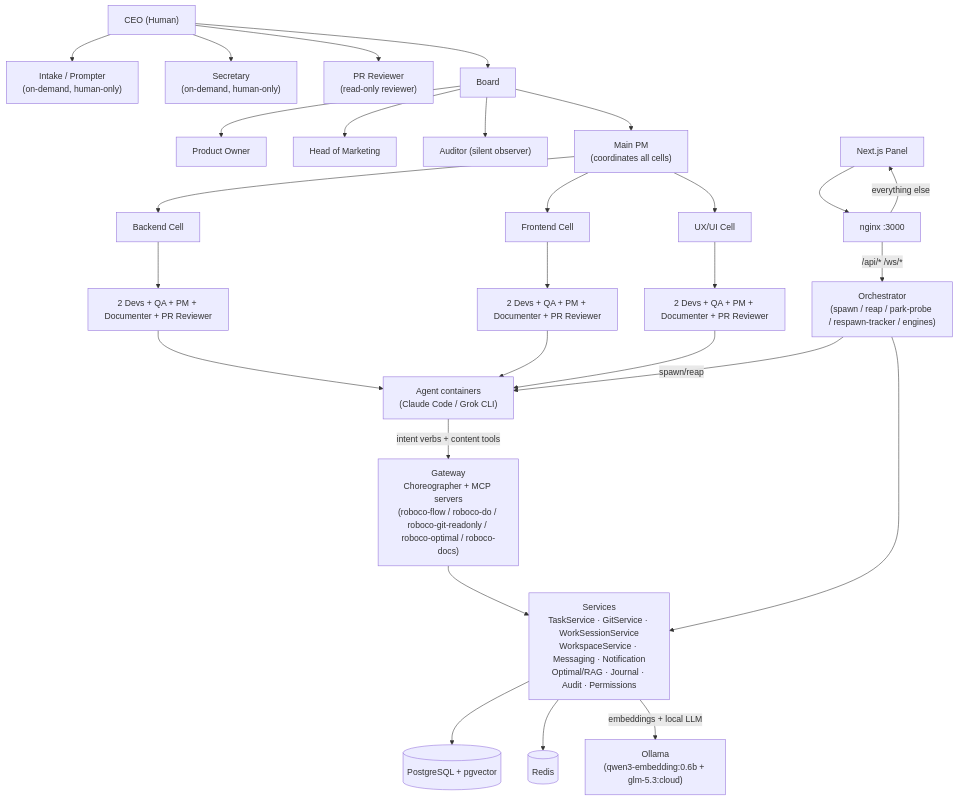
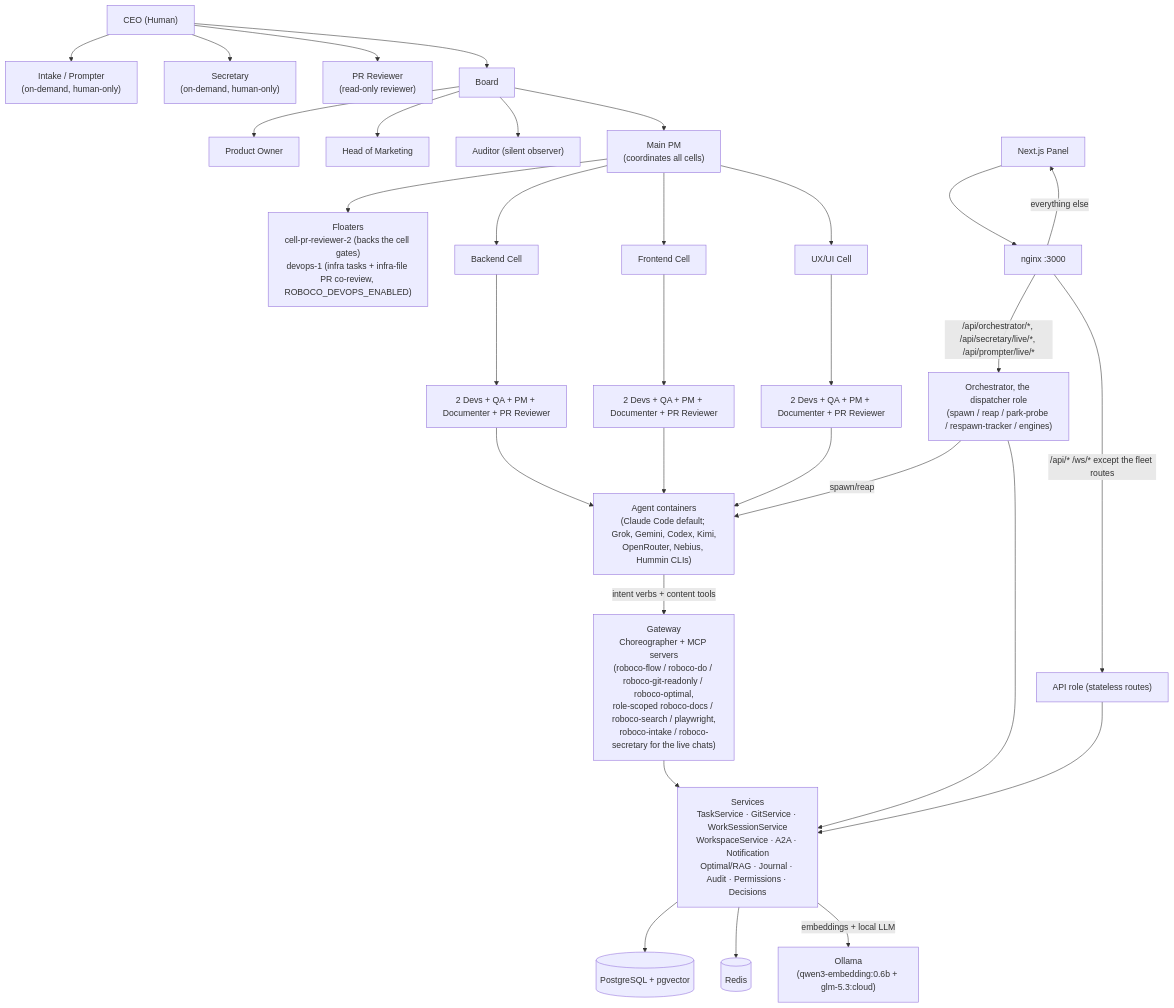
Before and after one commit to rennf93/roboco: the first of 9 diagrams in docs/map/_front.md, drawn with Mermaid. The commit also changed other lines of this file and 28 other files, not shown here.

````diff
--- a/docs/map/_front.md
+++ b/docs/map/_front.md
@@ -62,66 +64,70 @@
 ```mermaid
 graph TB
     CEO["CEO (Human)"]
     Intake["Intake / Prompter<br/>(on-demand, human-only)"]
     Sec["Secretary<br/>(on-demand, human-only)"]
     PRRev["PR Reviewer<br/>(read-only reviewer)"]
 
     Board["Board"]
     PO["Product Owner"]
     HM["Head of Marketing"]
     Aud["Auditor (silent observer)"]
 
     MainPM["Main PM<br/>(coordinates all cells)"]
+    Float["Floaters<br/>cell-pr-reviewer-2 (backs the cell gates)<br/>devops-1 (infra tasks + infra-file PR co-review, ROBOCO_DEVOPS_ENABLED)"]
 
     BE["Backend Cell"]
     FE["Frontend Cell"]
     UX["UX/UI Cell"]
 
     BEDev["2 Devs + QA + PM + Documenter + PR Reviewer"]
     FEDev["2 Devs + QA + PM + Documenter + PR Reviewer"]
     UXDev["2 Devs + QA + PM + Documenter + PR Reviewer"]
 
     CEO --> Intake
     CEO --> Sec
     CEO --> PRRev
     CEO --> Board
     Board --> PO
     Board --> HM
     Board --> Aud
     Board --> MainPM
+    MainPM --> Float
     MainPM --> BE
     MainPM --> FE
     MainPM --> UX
     BE --> BEDev
     FE --> FEDev
     UX --> UXDev
 
-    Agents["Agent containers<br/>(Claude Code / Grok CLI)"]
+    Agents["Agent containers<br/>(Claude Code default; Grok, Gemini, Codex, Kimi,<br/>OpenRouter, Nebius, Hummin CLIs)"]
     BEDev --> Agents
     FEDev --> Agents
     UXDev --> Agents
 
-    GW["Gateway<br/>Choreographer + MCP servers<br/>(roboco-flow / roboco-do / roboco-git-readonly / roboco-optimal / roboco-docs)"]
+    GW["Gateway<br/>Choreographer + MCP servers<br/>(roboco-flow / roboco-do / roboco-git-readonly / roboco-optimal,<br/>role-scoped roboco-docs / roboco-search / playwright,<br/>roboco-intake / roboco-secretary for the live chats)"]
     Agents -->|intent verbs + content tools| GW
 
-    Svcs["Services<br/>TaskService · GitService · WorkSessionService<br/>WorkspaceService · Messaging · Notification<br/>Optimal/RAG · Journal · Audit · Permissions"]
+    Svcs["Services<br/>TaskService · GitService · WorkSessionService<br/>WorkspaceService · A2A · Notification<br/>Optimal/RAG · Journal · Audit · Permissions · Decisions"]
     GW --> Svcs
 
     PG[("PostgreSQL + pgvector")]
     Redis[("Redis")]
     Svcs --> PG
     Svcs --> Redis
 
-    Orch["Orchestrator<br/>(spawn / reap / park-probe / respawn-tracker / engines)"]
+    Orch["Orchestrator, the dispatcher role<br/>(spawn / reap / park-probe / respawn-tracker / engines)"]
     Orch -->|spawn/reap| Agents
     Orch --> Svcs
 
     Ollama["Ollama<br/>(qwen3-embedding:0.6b + glm-5.3:cloud)"]
     Svcs -->|embeddings + local LLM| Ollama
 
     Panel["Next.js Panel"]
     Nginx["nginx :3000"]
     Panel --> Nginx
-    Nginx -->|/api/* /ws/*| Orch
+    Nginx -->|/api/* /ws/* except the fleet routes| API["API role (stateless routes)"]
+    Nginx -->|/api/orchestrator/*, /api/secretary/live/*, /api/prompter/live/*| Orch
+    API --> Svcs
     Nginx -->|everything else| Panel
 ```
````
